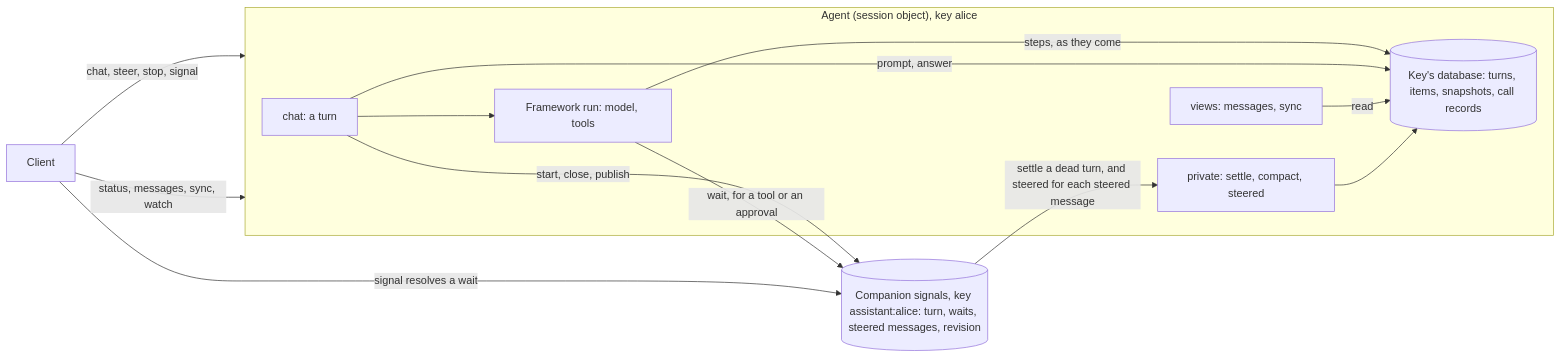
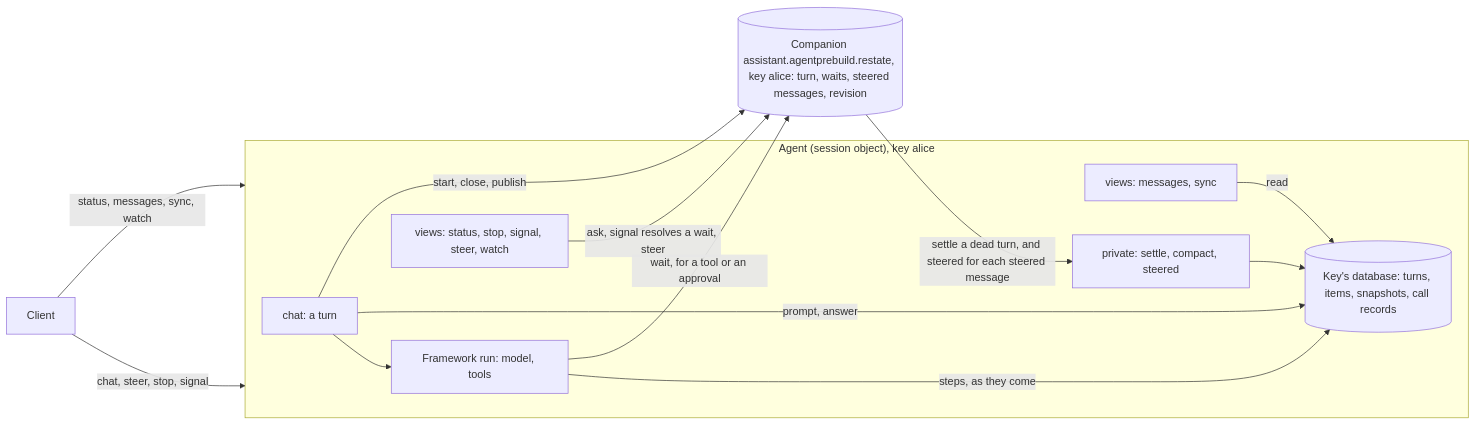
Before and after one commit to restatedev/sdk-python: the diagram in docs/agents/README.md, drawn with Mermaid. The commit also changed other lines of this file and 34 other files, not shown here.

````diff
--- a/docs/agents/README.md
+++ b/docs/agents/README.md
@@ -42,17 +47,18 @@
 ```mermaid
 flowchart LR
   C[Client] -- "chat, steer, stop, signal" --> A
   C -- "status, messages, sync, watch" --> A
   subgraph A["Agent (session object), key alice"]
     H["chat: a turn"] --> F["Framework run: model, tools"]
     F -- "steps, as they come" --> T
     H -- "prompt, answer" --> T
     T[("Key's database: turns, items, snapshots, call records")]
     V["views: messages, sync"] -- read --> T
     X["private: settle, compact, steered"] --> T
+    W["views: status, stop, signal, steer, watch"]
   end
-  H -- "start, close, publish" --> S[("Companion signals, key assistant:alice: turn, waits, steered messages, revision")]
+  H -- "start, close, publish" --> S[("Companion assistant.agentprebuild.restate, key alice: turn, waits, steered messages, revision")]
   F -- "wait, for a tool or an approval" --> S
-  C -- "signal resolves a wait" --> S
+  W -- "ask, signal resolves a wait, steer" --> S
   S -- "settle a dead turn, and steered for each steered message" --> X
 ```
````
